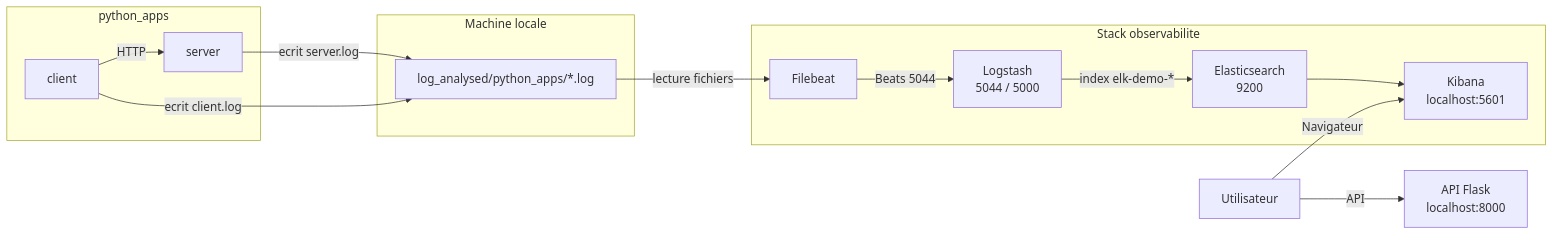
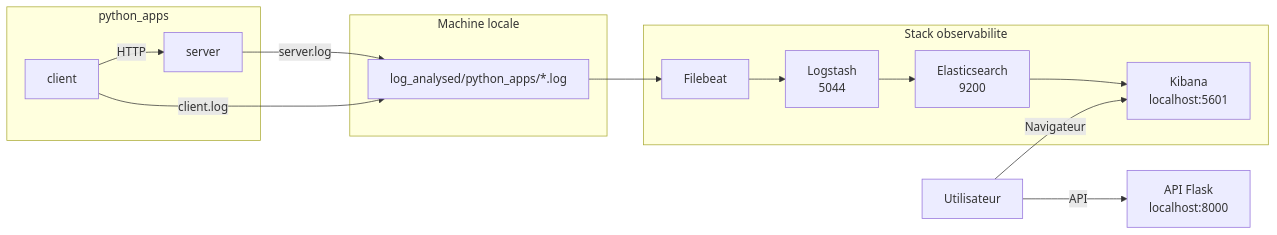
The diagram in README.md (RobinThiriet/ELK), drawn with Mermaid before and after one commit. The commit also changed other lines of this file, not shown here.

````diff
--- a/README.md
+++ b/README.md
@@ -18,29 +24,29 @@
 ```mermaid
 flowchart LR
     U[Utilisateur] -->|API| API[API Flask<br/>localhost:8000]
     U -->|Navigateur| K[Kibana<br/>localhost:5601]
 
-    subgraph PY[python_apps]
+    subgraph APPS[python_apps]
         S[server]
         C[client]
     end
 
     subgraph HOST[Machine locale]
         LOGS[log_analysed/python_apps/*.log]
     end
 
     subgraph ELK[Stack observabilite]
         FB[Filebeat]
-        L[Logstash<br/>5044 / 5000]
+        L[Logstash<br/>5044]
         E[Elasticsearch<br/>9200]
         K
     end
 
     C -->|HTTP| S
-    S -->|ecrit server.log| LOGS
-    C -->|ecrit client.log| LOGS
-    LOGS -->|lecture fichiers| FB
-    FB -->|Beats 5044| L
-    L -->|index elk-demo-*| E
+    S -->|server.log| LOGS
+    C -->|client.log| LOGS
+    LOGS --> FB
+    FB --> L
+    L --> E
     E --> K
 ```
````
